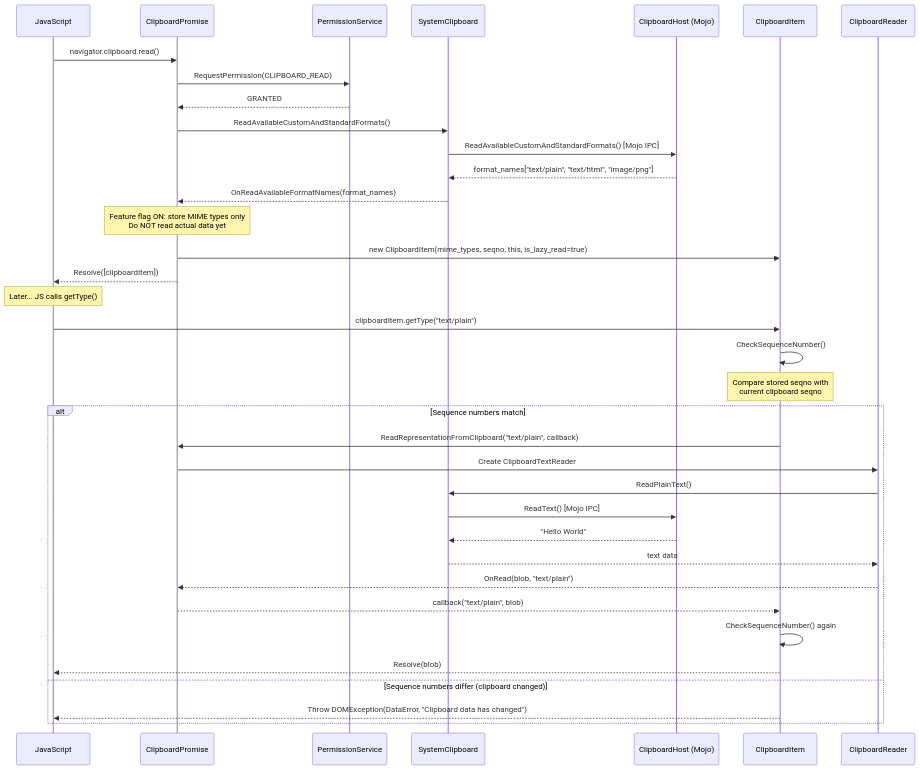
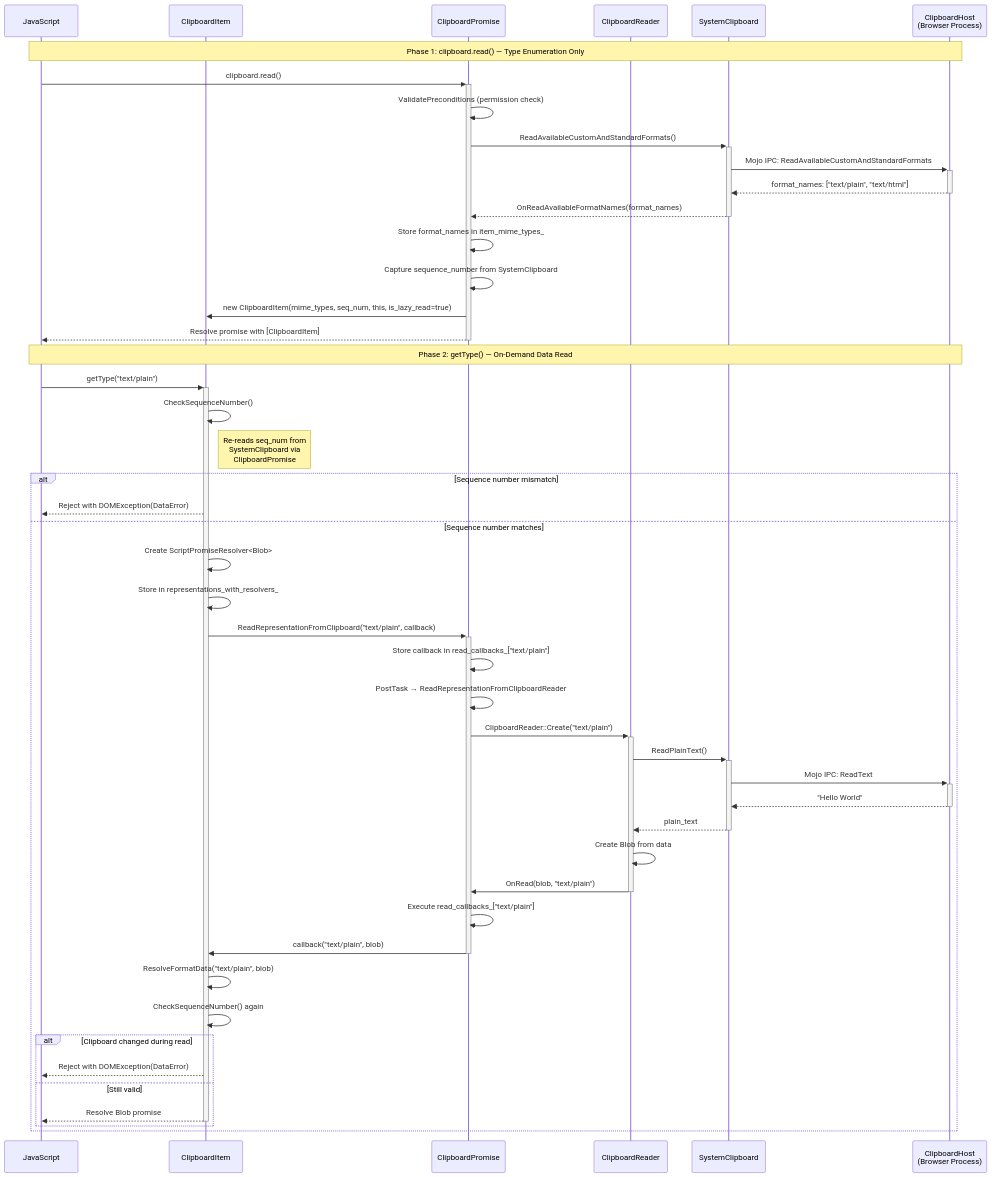
One commit to roraja/cr-llm-docs changed the second of 3 diagrams in fixes/cl-6978530-20260221/hld.md. Above: the diagram before and after it, drawn with Mermaid. The commit also changed other lines of this file, not shown here.

````diff
--- a/fixes/cl-6978530-20260221/hld.md
+++ b/fixes/cl-6978530-20260221/hld.md
@@ -117,45 +129,51 @@
 ```mermaid
 sequenceDiagram
     participant JS as JavaScript
+    participant CI as ClipboardItem
     participant CP as ClipboardPromise
-    participant PS as PermissionService
+    participant CR as ClipboardReader
     participant SC as SystemClipboard
-    participant CH as ClipboardHost (Mojo)
-    participant CI as ClipboardItem
-    participant CR as ClipboardReader
+    participant CH as ClipboardHost<br/>(Browser Process)
 
-    JS->>CP: navigator.clipboard.read()
-    CP->>PS: RequestPermission(CLIPBOARD_READ)
-    PS-->>CP: GRANTED
+    Note over JS,CH: Phase 1: clipboard.read() — Type Enumeration Only
+    JS->>+CP: clipboard.read()
+    CP->>CP: ValidatePreconditions (permission check)
+    CP->>+SC: ReadAvailableCustomAndStandardFormats()
+    SC->>+CH: Mojo IPC: ReadAvailableCustomAndStandardFormats
+    CH-->>-SC: format_names: ["text/plain", "text/html"]
+    SC-->>-CP: OnReadAvailableFormatNames(format_names)
+    CP->>CP: Store format_names in item_mime_types_
+    CP->>CP: Capture sequence_number from SystemClipboard
+    CP->>CI: new ClipboardItem(mime_types, seq_num, this, is_lazy_read=true)
+    CP-->>-JS: Resolve promise with [ClipboardItem]
 
-    CP->>SC: ReadAvailableCustomAndStandardFormats()
-    SC->>CH: ReadAvailableCustomAndStandardFormats() [Mojo IPC]
-    CH-->>SC: format_names["text/plain", "text/html", "image/png"]
-    SC-->>CP: OnReadAvailableFormatNames(format_names)
-
-    Note over CP: Feature flag ON: store MIME types only<br/>Do NOT read actual data yet
-
-    CP->>CI: new ClipboardItem(mime_types, seqno, this, is_lazy_read=true)
-    CP-->>JS: Resolve([clipboardItem])
-
-    Note over JS: Later... JS calls getType()
-
-    JS->>CI: clipboardItem.getType("text/plain")
+    Note over JS,CH: Phase 2: getType() — On-Demand Data Read
+    JS->>+CI: getType("text/plain")
     CI->>CI: CheckSequenceNumber()
-    Note over CI: Compare stored seqno with<br/>current clipboard seqno
-
-    alt Sequence numbers match
-        CI->>CP: ReadRepresentationFromClipboard("text/plain", callback)
-        CP->>CR: Create ClipboardTextReader
-        CR->>SC: ReadPlainText()
-        SC->>CH: ReadText() [Mojo IPC]
-        CH-->>SC: "Hello World"
-        SC-->>CR: text data
-        CR-->>CP: OnRead(blob, "text/plain")
-        CP-->>CI: callback("text/plain", blob)
+    Note right of CI: Re-reads seq_num from<br/>SystemClipboard via<br/>ClipboardPromise
+    alt Sequence number mismatch
+        CI-->>JS: Reject with DOMException(DataError)
+    else Sequence number matches
+        CI->>CI: Create ScriptPromiseResolver<Blob>
+        CI->>CI: Store in representations_with_resolvers_
+        CI->>+CP: ReadRepresentationFromClipboard("text/plain", callback)
+        CP->>CP: Store callback in read_callbacks_["text/plain"]
+        CP->>CP: PostTask → ReadRepresentationFromClipboardReader
+        CP->>+CR: ClipboardReader::Create("text/plain")
+        CR->>+SC: ReadPlainText()
+        SC->>+CH: Mojo IPC: ReadText
+        CH-->>-SC: "Hello World"
+        SC-->>-CR: plain_text
+        CR->>CR: Create Blob from data
+        CR->>-CP: OnRead(blob, "text/plain")
+        CP->>CP: Execute read_callbacks_["text/plain"]
+        CP->>-CI: callback("text/plain", blob)
+        CI->>CI: ResolveFormatData("text/plain", blob)
         CI->>CI: CheckSequenceNumber() again
-        CI-->>JS: Resolve(blob)
-    else Sequence numbers differ (clipboard changed)
-        CI-->>JS: Throw DOMException(DataError, "Clipboard data has changed")
+        alt Clipboard changed during read
+            CI-->>JS: Reject with DOMException(DataError)
+        else Still valid
+            CI-->>-JS: Resolve Blob promise
+        end
     end
 ```
````
